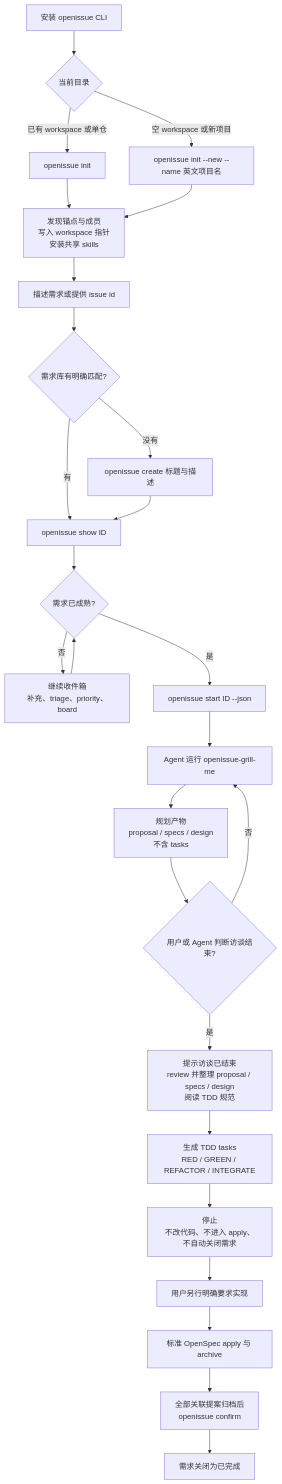
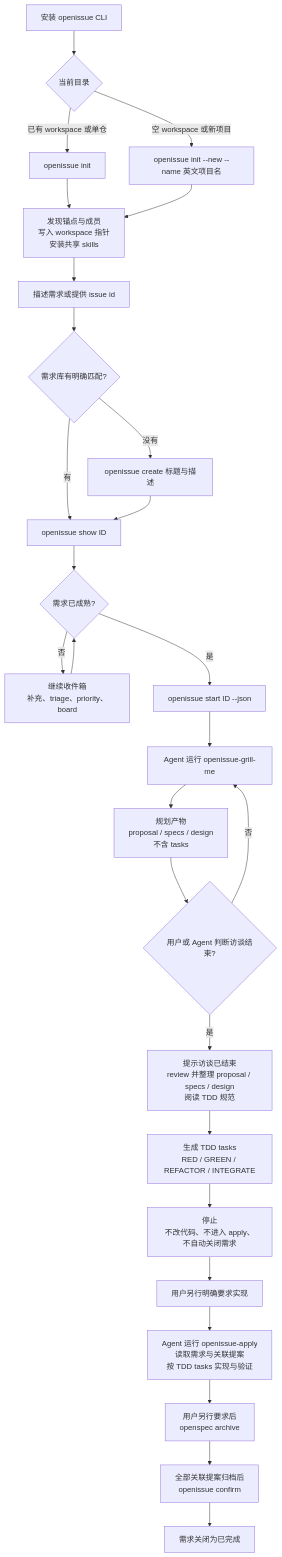
The first of 2 diagrams in README.md (7kbeat/OpenIssue), drawn with Mermaid before and after one commit. The commit also changed other lines of this file and 7 other files, not shown here.

Commit message:
feat: Added openissue-apply implementation skills and updated documentation

````diff
--- a/README.md
+++ b/README.md
@@ -123,28 +124,29 @@
 ```mermaid
 flowchart TD
   A[安装 openissue CLI] --> B{当前目录}
   B -->|已有 workspace 或单仓| C[openissue init]
   B -->|空 workspace 或新项目| D[openissue init --new --name 英文项目名]
   C --> E[发现锚点与成员<br/>写入 workspace 指针<br/>安装共享 skills]
   D --> E
   E --> F[描述需求或提供 issue id]
   F --> G{需求库有明确匹配?}
   G -->|有| H[openissue show ID]
   G -->|没有| I[openissue create 标题与描述]
   I --> H
   H --> J{需求已成熟?}
   J -->|否| K[继续收件箱<br/>补充、triage、priority、board]
   K --> J
   J -->|是| L[openissue start ID --json]
   L --> M[Agent 运行 openissue-grill-me]
   M --> N[规划产物<br/>proposal / specs / design<br/>不含 tasks]
   N --> N2{用户或 Agent 判断访谈结束?}
   N2 -->|否| M
   N2 -->|是| O[提示访谈已结束<br/>review 并整理 proposal / specs / design<br/>阅读 TDD 规范]
   O --> P[生成 TDD tasks<br/>RED / GREEN / REFACTOR / INTEGRATE]
   P --> Q[停止<br/>不改代码、不进入 apply、不自动关闭需求]
   Q --> R[用户另行明确要求实现]
-  R --> S[标准 OpenSpec apply 与 archive]
-  S --> T[全部关联提案归档后<br/>openissue confirm]
+  R --> S[Agent 运行 openissue-apply<br/>读取需求与关联提案<br/>按 TDD tasks 实现与验证]
+  S --> S2[用户另行要求后<br/>openspec archive]
+  S2 --> T[全部关联提案归档后<br/>openissue confirm]
   T --> U[需求关闭为已完成]
 ```
````
